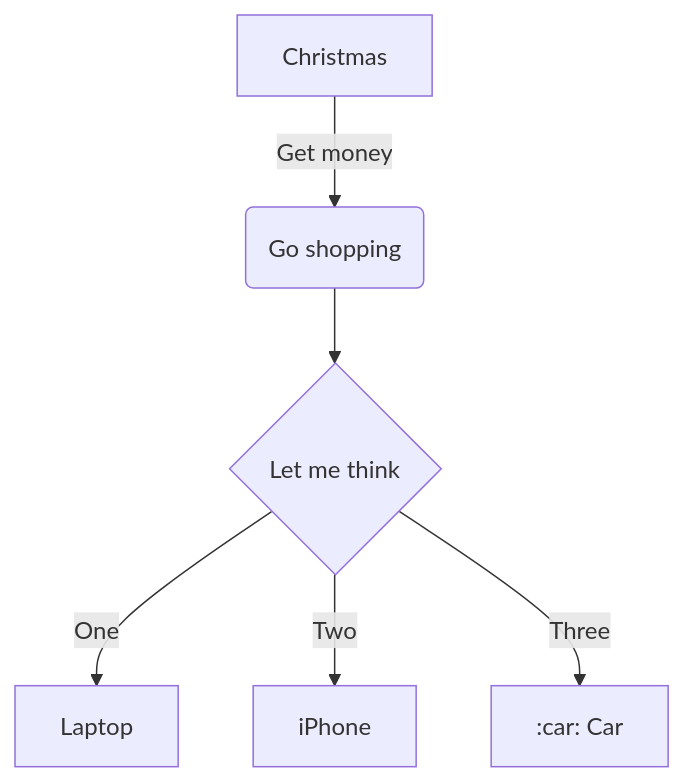
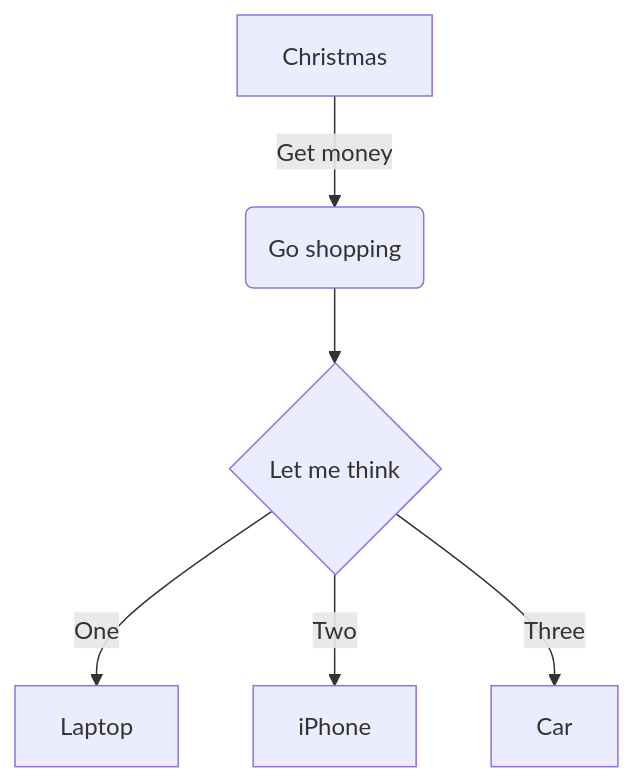
Before and after one commit to gitshawn/docs-as-code: the first of 2 diagrams in docs/graphs-as-code.md, drawn with Mermaid. The commit also changed other lines of this file, not shown here.

````diff
--- a/docs/graphs-as-code.md
+++ b/docs/graphs-as-code.md
@@ -17,8 +17,8 @@
 ```mermaid
 graph TD
     A[Christmas] -->|Get money| B(Go shopping)
     B --> C{Let me think}
     C -->|One| D[Laptop]
     C -->|Two| E[iPhone]
-    C -->|Three| F[:car: Car]
+    C -->|Three| F[Car]
 ```
````
